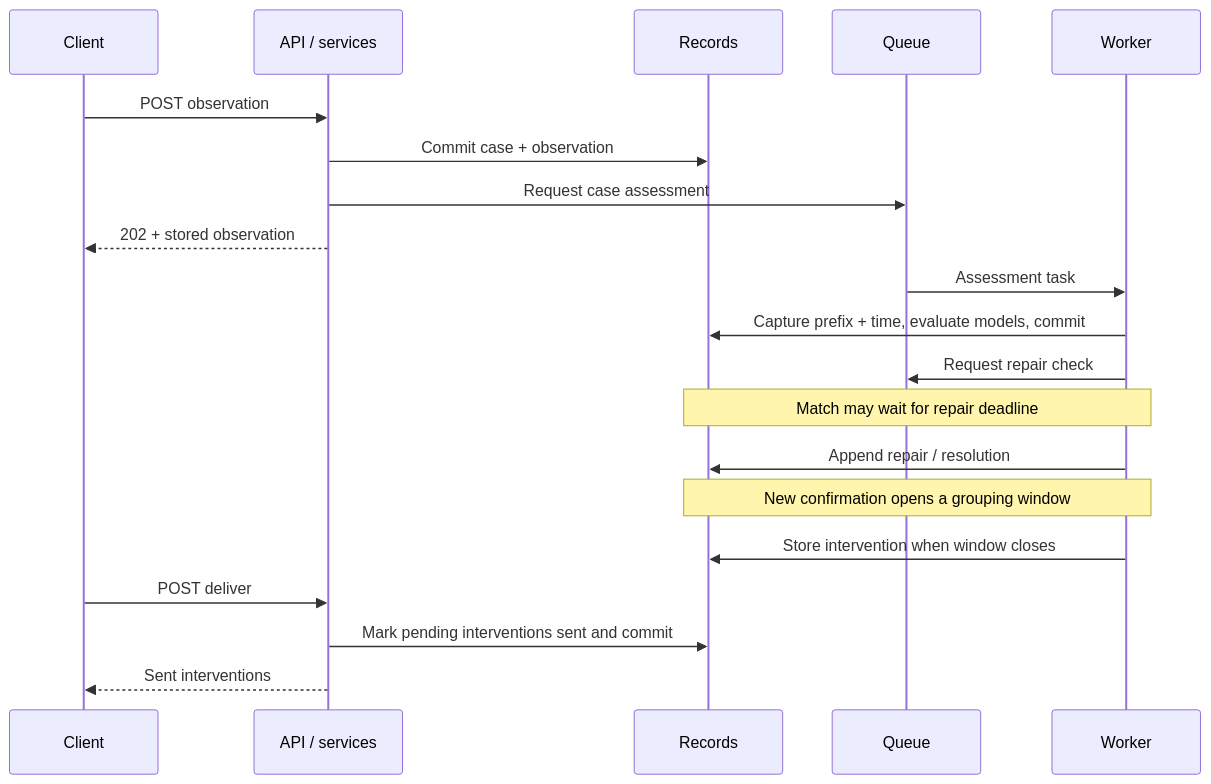
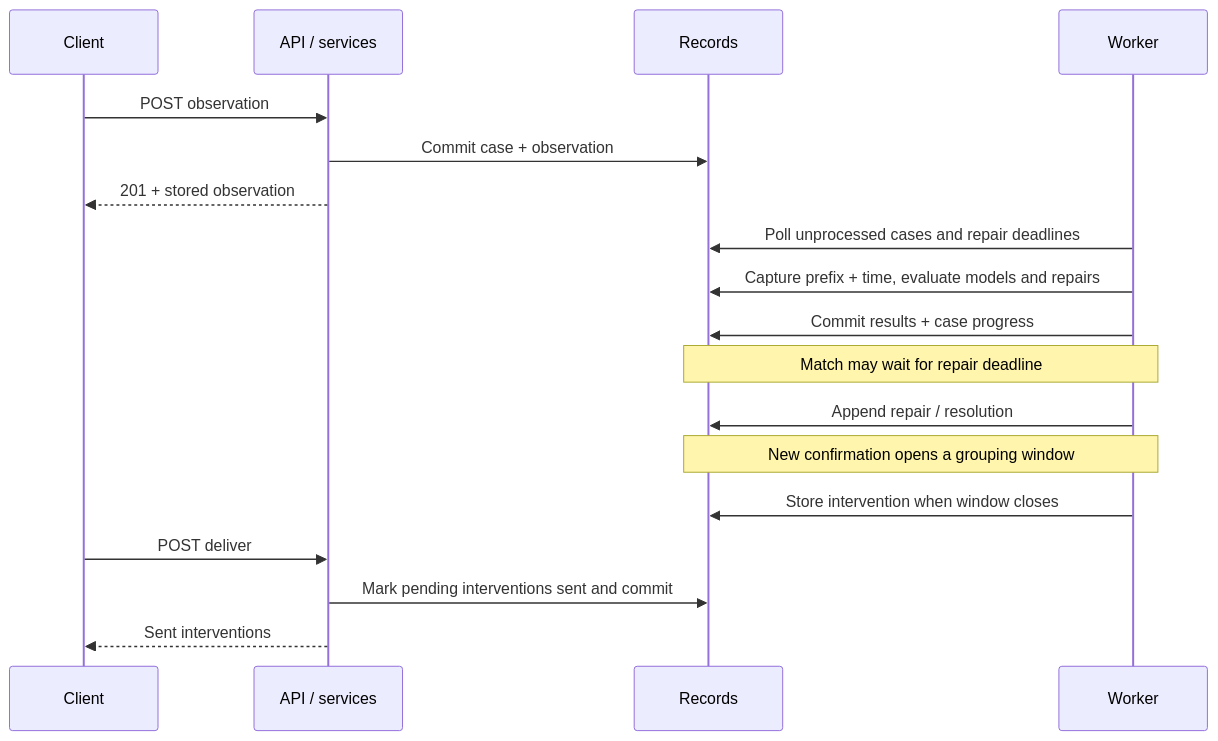
One commit to b-a-merritt/msse692 changed the second of 3 diagrams in docs/developer_guide.md. Above: the diagram before and after it, drawn with Mermaid. The commit also changed other lines of this file and 90 other files, not shown here.

````diff
--- a/docs/developer_guide.md
+++ b/docs/developer_guide.md
@@ -38,22 +37,20 @@
 ```mermaid
 sequenceDiagram
     participant C as Client
     participant A as API / services
     participant D as Records
-    participant Q as Queue
     participant W as Worker
     C->>A: POST observation
     A->>D: Commit case + observation
-    A->>Q: Request case assessment
-    A-->>C: 202 + stored observation
-    Q->>W: Assessment task
-    W->>D: Capture prefix + time, evaluate models, commit
-    W->>Q: Request repair check
+    A-->>C: 201 + stored observation
+    W->>D: Poll unprocessed cases and repair deadlines
+    W->>D: Capture prefix + time, evaluate models and repairs
+    W->>D: Commit results + case progress
     Note over W,D: Match may wait for repair deadline
     W->>D: Append repair / resolution
     Note over W,D: New confirmation opens a grouping window
     W->>D: Store intervention when window closes
     C->>A: POST deliver
     A->>D: Mark pending interventions sent and commit
     A-->>C: Sent interventions
 ```
````
